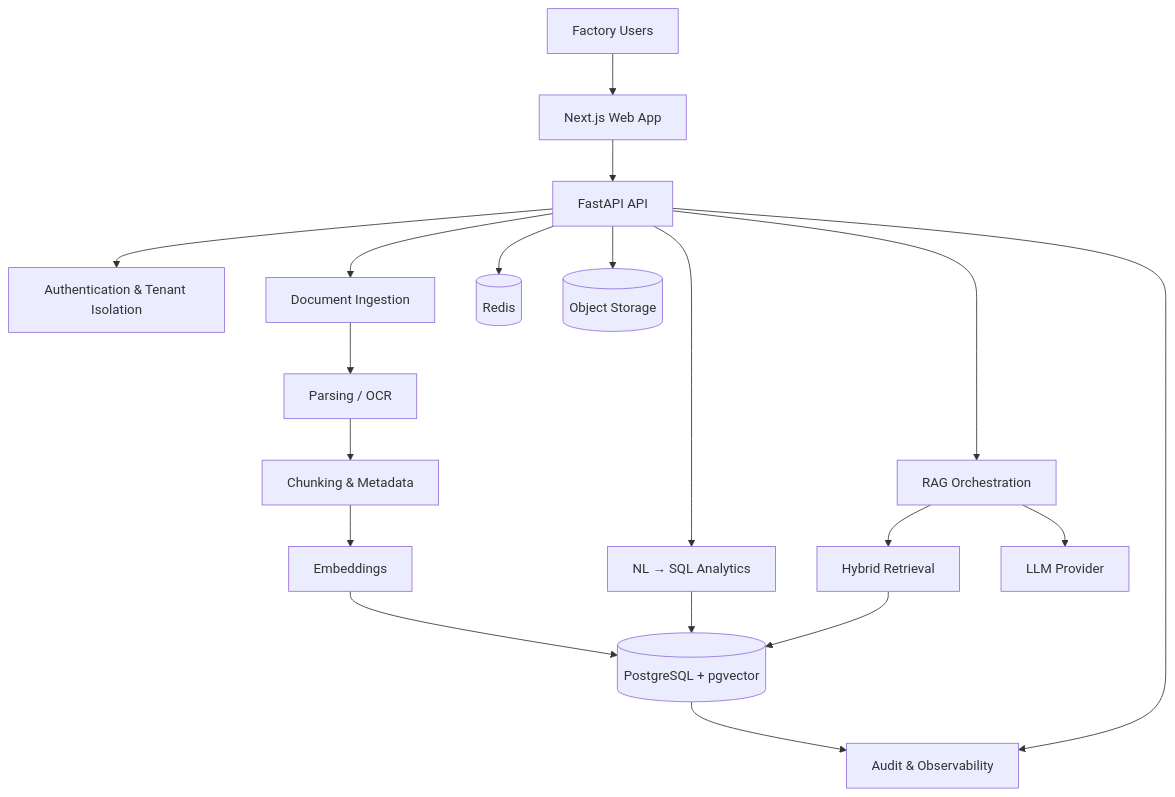
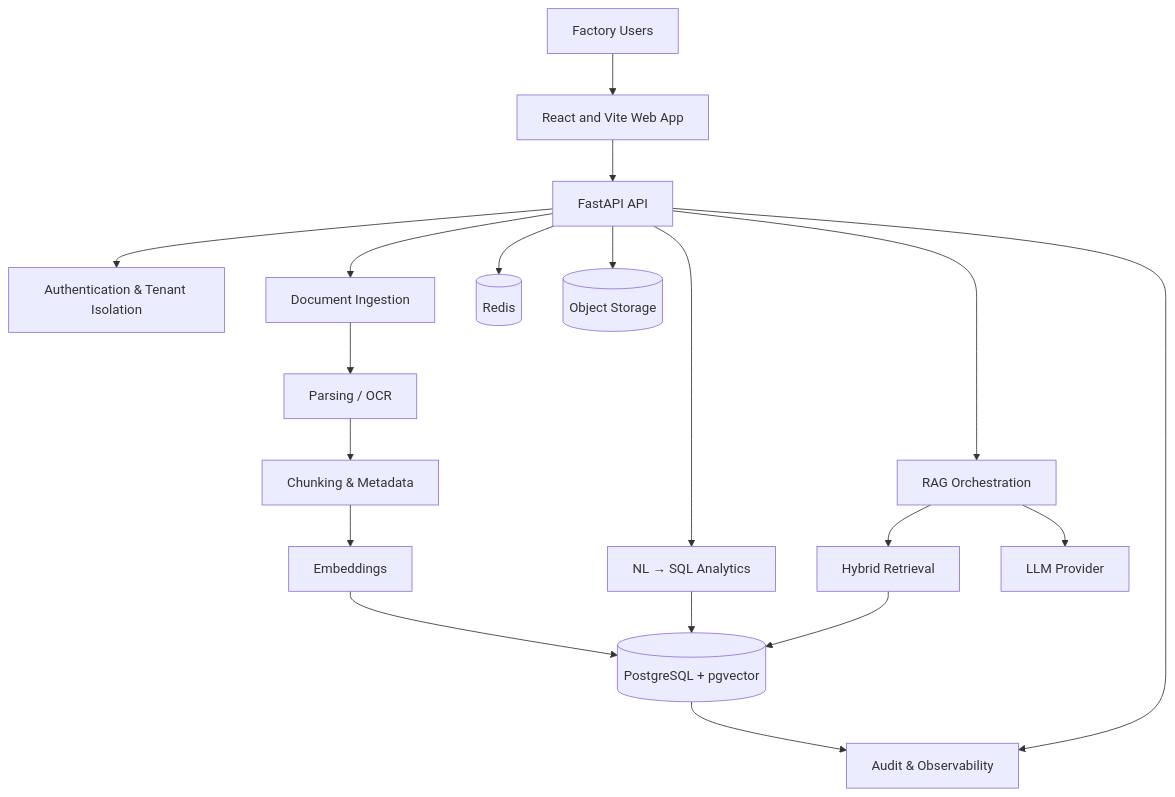
The diagram in README.md (mnxtr/M_I_OS), drawn with Mermaid before and after one commit. The commit also changed other lines of this file and 51 other files, not shown here.

````diff
--- a/README.md
+++ b/README.md
@@ -76,26 +92,26 @@
 ```mermaid
 flowchart TB
-    U[Factory Users] --> W[Next.js Web App]
+    U[Factory Users] --> W[React and Vite Web App]
     W --> API[FastAPI API]
 
     API --> AUTH[Authentication & Tenant Isolation]
     API --> RAG[RAG Orchestration]
     API --> SQL[NL → SQL Analytics]
     API --> DOC[Document Ingestion]
 
     DOC --> PARSE[Parsing / OCR]
     PARSE --> CHUNK[Chunking & Metadata]
     CHUNK --> EMB[Embeddings]
     EMB --> PG[(PostgreSQL + pgvector)]
 
     SQL --> PG
     RAG --> RET[Hybrid Retrieval]
     RET --> PG
     RAG --> LLM[LLM Provider]
 
     API --> REDIS[(Redis)]
     API --> OBJ[(Object Storage)]
 
     PG --> AUDIT[Audit & Observability]
     API --> AUDIT
 ```
````
